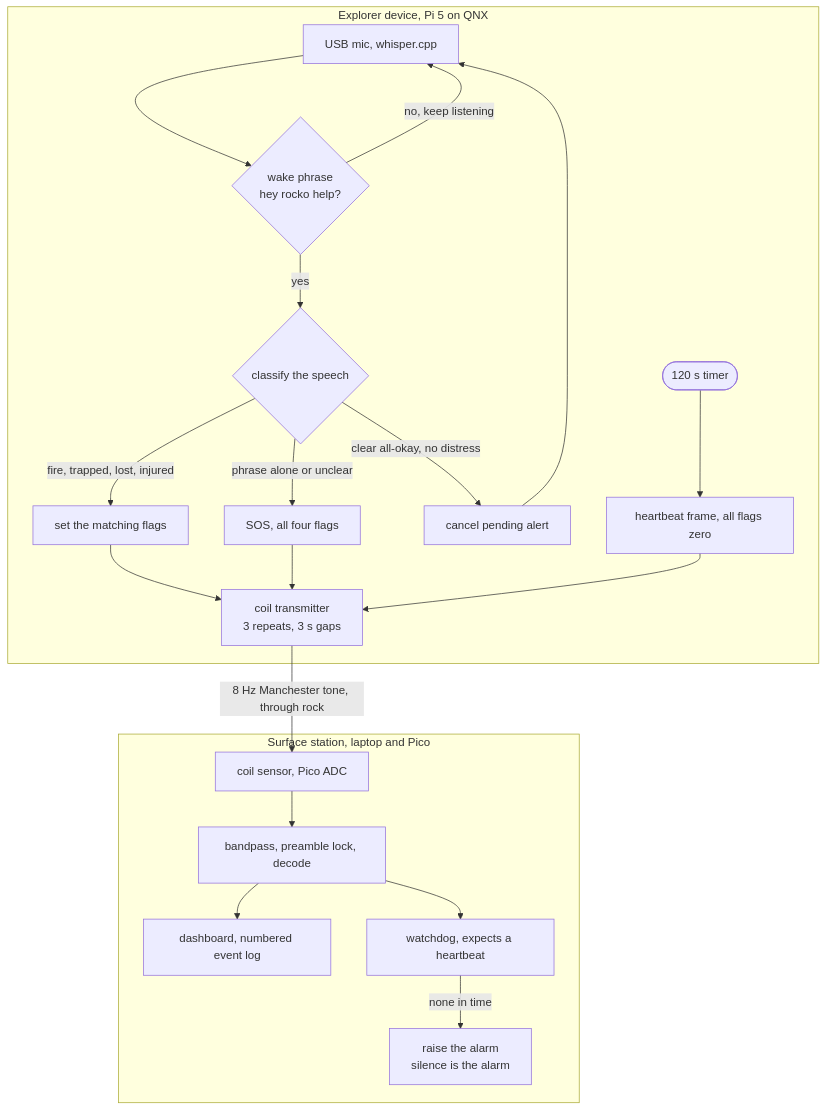
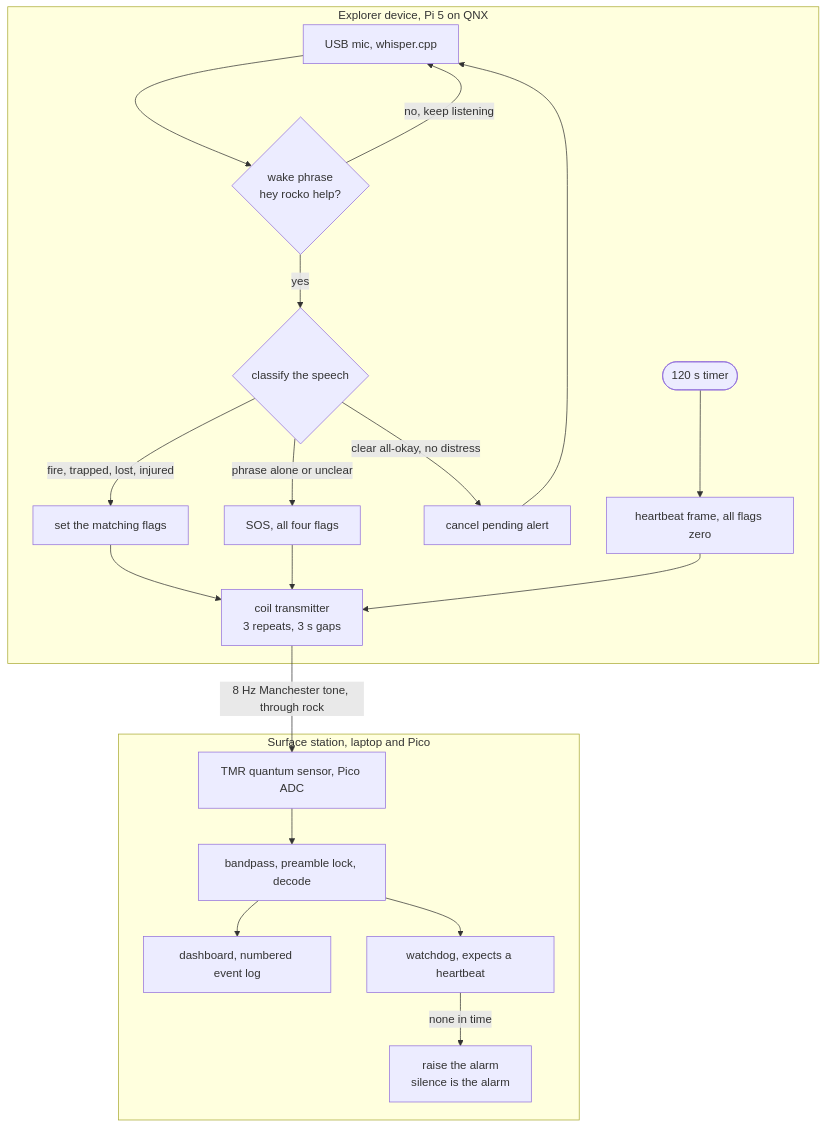
The diagram in README.md (B2707/Rocko-CU-Hacking_2026), drawn with Mermaid before and after one commit. The commit also changed other lines of this file and 1 other file, not shown here.

Commit message:
docs: name the quantum tunneling TMR sensing, intro through hardware

````diff
--- a/README.md
+++ b/README.md
@@ -37,23 +38,23 @@
 ```mermaid
 flowchart TD
     subgraph EXPLORER [Explorer device, Pi 5 on QNX]
         STT[USB mic, whisper.cpp] --> GATE{wake phrase<br>hey rocko help?}
         GATE -->|no, keep listening| STT
         GATE -->|yes| CLS{classify the speech}
         CLS -->|fire, trapped, lost, injured| FLAGS[set the matching flags]
         CLS -->|phrase alone or unclear| SOS[SOS, all four flags]
         CLS -->|clear all-okay, no distress| CANCEL[cancel pending alert]
         CANCEL --> STT
         FLAGS --> TX[coil transmitter<br>3 repeats, 3 s gaps]
         SOS --> TX
         TIMER([120 s timer]) --> HB[heartbeat frame, all flags zero]
         HB --> TX
     end
     TX -->|8 Hz Manchester tone, through rock| ADC
     subgraph SURFACE [Surface station, laptop and Pico]
-        ADC[coil sensor, Pico ADC] --> DEC[bandpass, preamble lock, decode]
+        ADC[TMR quantum sensor, Pico ADC] --> DEC[bandpass, preamble lock, decode]
         DEC --> LOG[dashboard, numbered event log]
         DEC --> WD[watchdog, expects a heartbeat]
         WD -->|none in time| ALARM[raise the alarm<br>silence is the alarm]
     end
 ```
````
